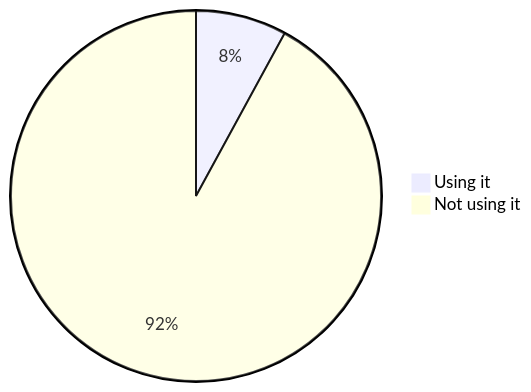
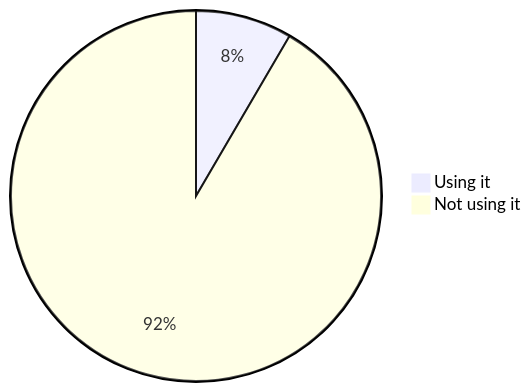
One commit to oshp/oshp-stats changed diagram 11 of 22 in stats.md. Above: the diagram before and after it, drawn with Mermaid. The commit also changed other lines of this file, not shown here.

````diff
--- a/stats.md
+++ b/stats.md
@@ -130,6 +130,6 @@
 ```mermaid
 pie
-	"Using it" : 7.94
-	"Not using it" : 92.06
+	"Using it" : 8.42
+	"Not using it" : 91.58
 
 ```
````
